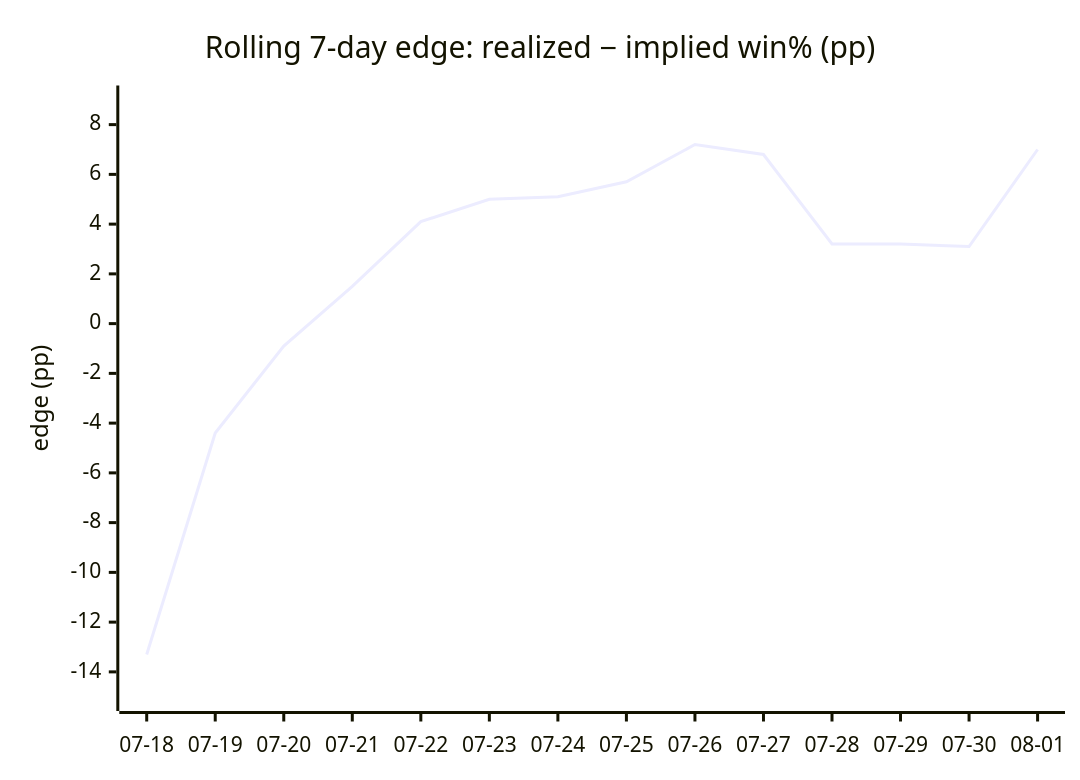
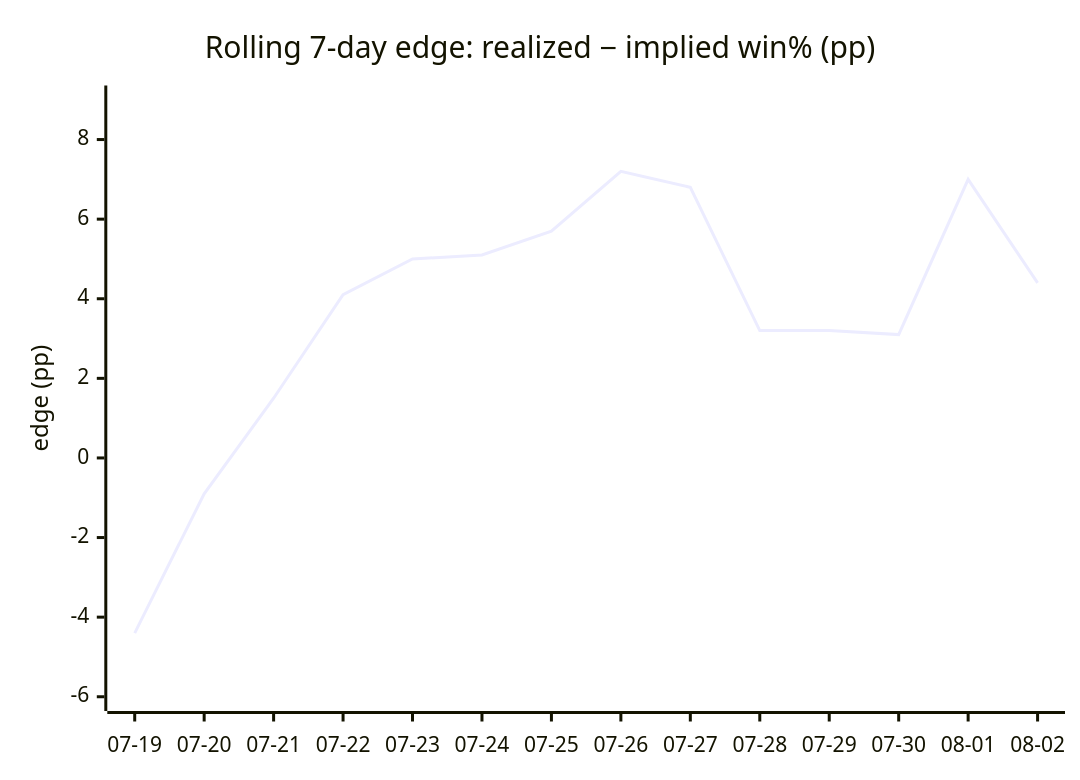
One commit to dpk1212/nhl-savant changed the fourth of 4 diagrams in DAILY_AGSU_REPORT.md. Above: the diagram before and after it, drawn with Mermaid. The commit also changed other lines of this file, not shown here.

````diff
--- a/DAILY_AGSU_REPORT.md
+++ b/DAILY_AGSU_REPORT.md
@@ -730,7 +725,7 @@
 ```mermaid
 xychart-beta
     title "Rolling 7-day edge: realized − implied win% (pp)"
-    x-axis ["07-18", "07-19", "07-20", "07-21", "07-22", "07-23", "07-24", "07-25", "07-26", "07-27", "07-28", "07-29", "07-30", "08-01"]
-    y-axis "edge (pp)" -15 --> 9
-    line [-13.3, -4.4, -0.9, 1.5, 4.1, 5, 5.1, 5.7, 7.2, 6.8, 3.2, 3.2, 3.1, 7]
+    x-axis ["07-19", "07-20", "07-21", "07-22", "07-23", "07-24", "07-25", "07-26", "07-27", "07-28", "07-29", "07-30", "08-01", "08-02"]
+    y-axis "edge (pp)" -6 --> 9
+    line [-4.4, -0.9, 1.5, 4.1, 5, 5.1, 5.7, 7.2, 6.8, 3.2, 3.2, 3.1, 7, 4.4]
 ```
````
